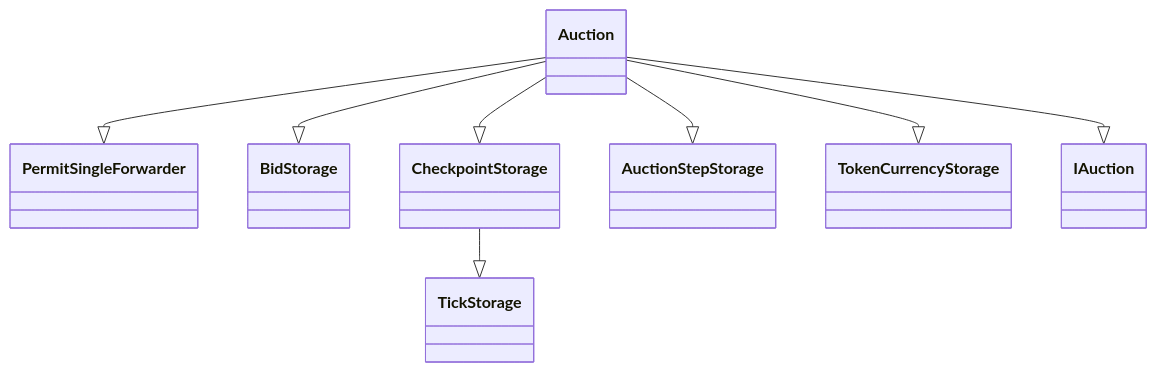
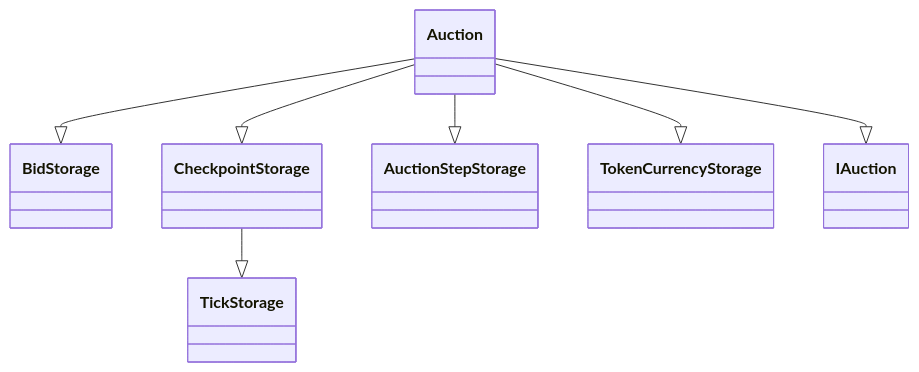
One commit to Uniswap/continuous-clearing-auction changed the second of 6 diagrams in README.md. Above: the diagram before and after it, drawn with Mermaid. The commit also changed other lines of this file and 7 other files, not shown here.

````diff
--- a/README.md
+++ b/README.md
@@ -108,20 +109,18 @@
 ```mermaid
 classDiagram
-    class PermitSingleForwarder
     class BidStorage
     class CheckpointStorage
     class TickStorage
     class AuctionStepStorage
     class TokenCurrencyStorage
     class IAuction
 
-    Auction --|> PermitSingleForwarder
     Auction --|> BidStorage
     Auction --|> CheckpointStorage
     Auction --|> AuctionStepStorage
     Auction --|> TokenCurrencyStorage
     Auction --|> IAuction
     CheckpointStorage --|> TickStorage
 
     class Auction
 ```
````
